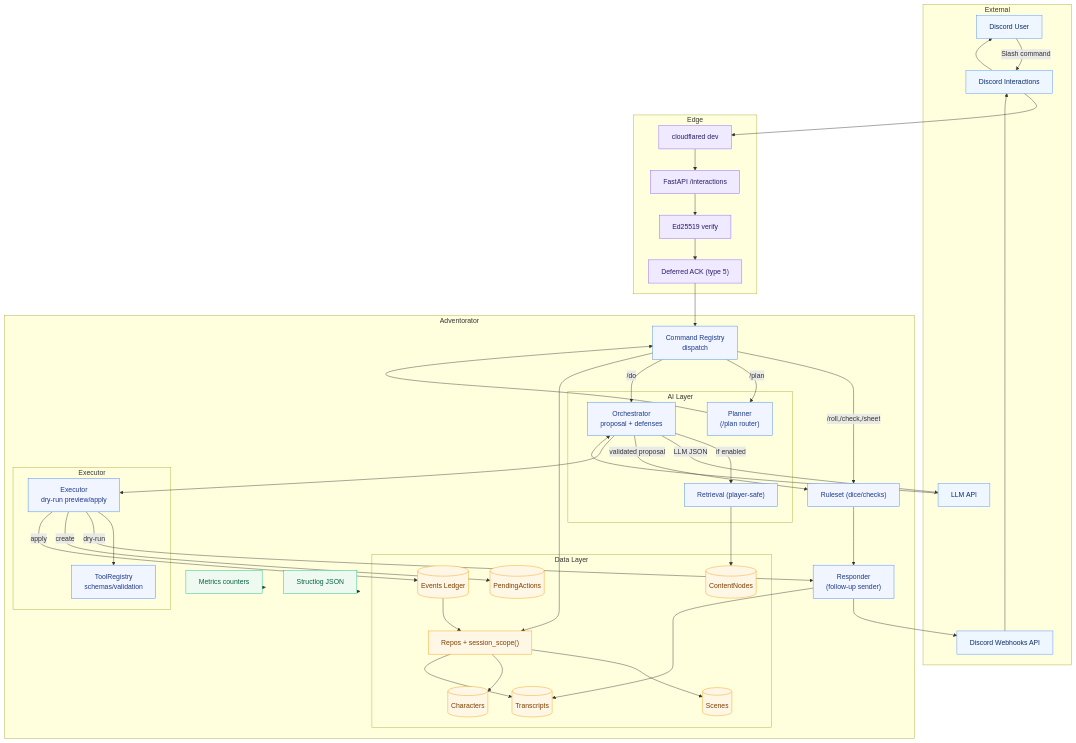
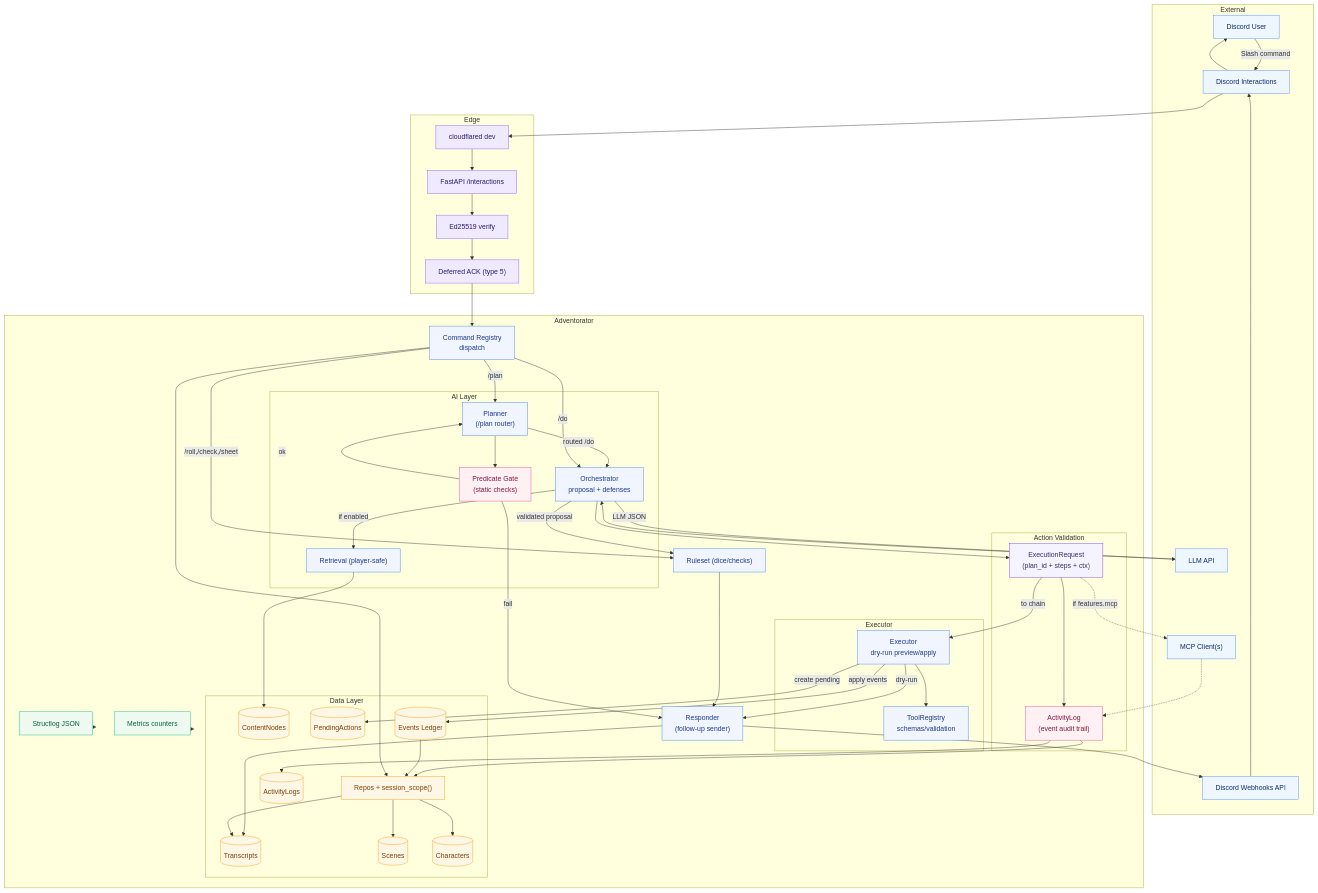
One commit to crashtestbrandt/Adventorator changed the first of 3 diagrams in README.md. Above: the diagram before and after it, drawn with Mermaid. The commit also changed other lines of this file and 12 other files, not shown here.

````diff
--- a/README.md
+++ b/README.md
@@ -69,6 +68,7 @@
     Discord["Discord Interactions"]:::ext
     Webhooks["Discord Webhooks API"]:::ext
     LLM["LLM API"]:::ext
+    MCP["MCP Client(s)" ]:::ext
   end
 
   %% Edge
@@ -86,8 +86,14 @@
 
     subgraph AI[AI Layer]
       Planner["Planner\n(/plan router)"]:::biz
+      PGate["Predicate Gate\n(static checks)"]:::val
       Orchestrator["Orchestrator\nproposal + defenses"]:::biz
       Retrieval["Retrieval (player-safe)"]:::biz
+    end
+
+    subgraph AV[Action Validation]
+      ExecReq["ExecutionRequest\n(plan_id + steps + ctx)"]:::obj
+      ActivityLog["ActivityLog\n(event audit trail)"]:::val
     end
 
     subgraph EXEC[Executor]
@@ -103,6 +109,7 @@
       Content[(ContentNodes)]:::data
       Pending[(PendingActions)]:::data
       Events[(Events Ledger)]:::data
+      ActLog[(ActivityLogs)]:::data
     end
 
     Metrics["Metrics counters"]:::ops
@@ -114,23 +121,33 @@
   DUser -->|Slash command| Discord --> Tunnel --> App --> Verify --> Defer
   Defer --> Dispatcher
   Dispatcher -->|/roll,/check,/sheet| Rules --> Responder
-  Dispatcher -->|/plan| Planner --> Dispatcher
+  Dispatcher -->|/plan| Planner --> PGate
+  PGate -->|ok| Planner
+  PGate -->|fail| Responder
+  Planner -->|routed /do| Orchestrator
   Dispatcher -->|/do| Orchestrator
   Orchestrator -->|if enabled| Retrieval --> Content
   Orchestrator -->|LLM JSON| LLM --> Orchestrator
   Orchestrator -->|validated proposal| Rules
-  Orchestrator --> Exec
+  Orchestrator --> ExecReq
+  ExecReq --> ActivityLog
+  ActivityLog --> Repos
+  ExecReq -->|to chain| Exec
   Exec --> Registry
   Exec -->|dry-run| Responder
-  Exec -->|create| Pending
+  Exec -->|create pending| Pending
+  Exec -->|apply events| Events
+  Events --> Repos
+  Responder --> Transcripts
   Responder --> Webhooks --> Discord --> DUser
   Dispatcher --> Repos
-  Responder --> Transcripts
-  Exec -->|apply| Events
-  Events --> Repos
   Repos --> Scenes
   Repos --> Characters
   Repos --> Transcripts
+  ActivityLog --> ActLog
+  %% Optional MCP path: ExecutionRequest fan-out
+  ExecReq -.->|if features.mcp| MCP
+  MCP -.-> ActivityLog
   Metrics -.-> APP
   Logs -.-> APP
 
@@ -140,4 +157,6 @@
   classDef data fill:#fff7e6,stroke:#f59e0b,stroke-width:1px,color:#7c3e00
   classDef ops  fill:#eefaf0,stroke:#10b981,stroke-width:1px,color:#065f46
   classDef biz  fill:#f0f5ff,stroke:#3b82f6,stroke-width:1px,color:#1e3a8a
+  classDef val  fill:#fff0f3,stroke:#ec4899,stroke-width:1px,color:#831843
+  classDef obj  fill:#f5f3ff,stroke:#7c3aed,stroke-width:1px,color:#352f64
 ```
````
